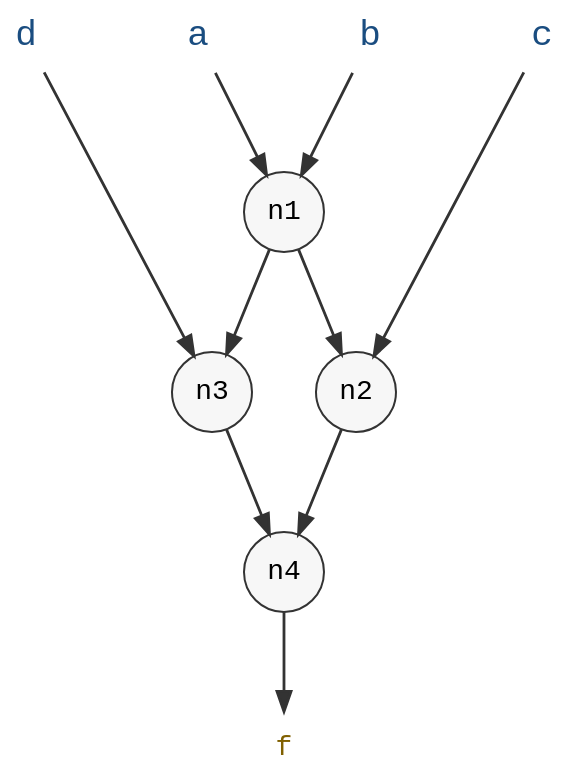
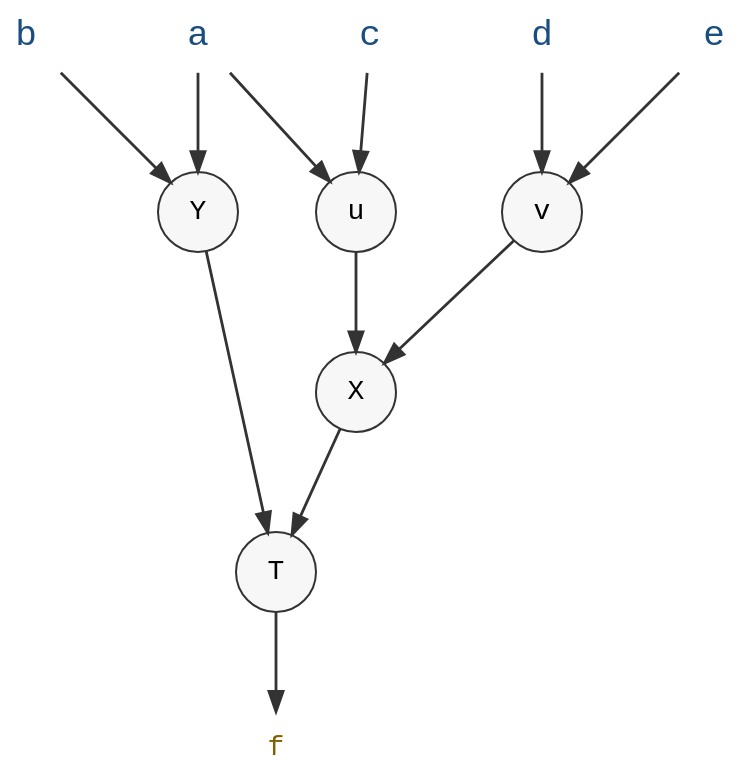
The diagram in viz/diagrams/reconv_demo.dot (cyberseihis/abc-synthesis-notes), drawn with Graphviz before and after one commit. The commit also changed 5 other files, not shown here.

```diff
--- a/viz/diagrams/reconv_demo.dot
+++ b/viz/diagrams/reconv_demo.dot
@@ -1,36 +1,51 @@
-// Circuit designed to expose reconvergence in Abc_NodeGetLeafCostOne.
-// n1 is shared between n2 and n3 → after expanding n2, n3's cost drops to 1.
+// Reconvergence-driven cut at target T, with cap nNodeSizeMax = 4.
+//
+// The PRIORITY (lowest leaf-cost first, breaking ties by deepest level)
+// changes the FINAL cut, not just the expansion order:
+//
+//   With priority    : leaves = {a, b, c, v}, cone = {T, X, u, Y}   (4 cone nodes)
+//   Without priority : leaves = {a, c, v, Y}, cone = {T, X, u}      (3 cone nodes)
+//
+// At the decisive iteration, leaves include Y (cost 1 via reconvergence
+// on `a`) and v (cost 2). Cap-budget allows the cost-1 expansion of Y
+// but not the cost-2 expansion of v. Cost-based picks Y → absorb. A
+// naive level-based picker would grab v at the same level as Y, blow
+// the cap, and stop.
 digraph reconv_demo {
     rankdir = TB
     ranksep = 0.7
     nodesep = 0.45
     bgcolor = "transparent"
     node [fontname = "monospace", fontsize = 14, color = "#333333"]
     edge [color = "#333333", penwidth = 1.4]
 
     { rank = source
       a [id="node-a", label="a", shape=plaintext, fontsize=18, fontcolor="#1a4d80"]
       b [id="node-b", label="b", shape=plaintext, fontsize=18, fontcolor="#1a4d80"]
       c [id="node-c", label="c", shape=plaintext, fontsize=18, fontcolor="#1a4d80"]
       d [id="node-d", label="d", shape=plaintext, fontsize=18, fontcolor="#1a4d80"]
+      e [id="node-e", label="e", shape=plaintext, fontsize=18, fontcolor="#1a4d80"]
     }
 
-    n1 [id="node-n1", label="n1", shape=circle, width=0.55, fixedsize=true, style=filled, fillcolor="#f7f7f7"]
-    n2 [id="node-n2", label="n2", shape=circle, width=0.55, fixedsize=true, style=filled, fillcolor="#f7f7f7"]
-    n3 [id="node-n3", label="n3", shape=circle, width=0.55, fixedsize=true, style=filled, fillcolor="#f7f7f7"]
-    n4 [id="node-n4", label="n4", shape=circle, width=0.55, fixedsize=true, style=filled, fillcolor="#f7f7f7"]
+    u [id="node-u", label="u", shape=circle, width=0.55, fixedsize=true, style=filled, fillcolor="#f7f7f7"]
+    v [id="node-v", label="v", shape=circle, width=0.55, fixedsize=true, style=filled, fillcolor="#f7f7f7"]
+    Y [id="node-Y", label="Y", shape=circle, width=0.55, fixedsize=true, style=filled, fillcolor="#f7f7f7"]
+    X [id="node-X", label="X", shape=circle, width=0.55, fixedsize=true, style=filled, fillcolor="#f7f7f7"]
+    T [id="node-T", label="T", shape=circle, width=0.55, fixedsize=true, style=filled, fillcolor="#f7f7f7"]
 
     { rank = sink
       PO [id="node-PO", label="f", shape=plaintext, fontsize=14, fontcolor="#806000"]
     }
 
-    a -> n1 [id="edge-a-n1"]
-    b -> n1 [id="edge-b-n1"]
-    n1 -> n2 [id="edge-n1-n2"]
-    c -> n2  [id="edge-c-n2"]
-    n1 -> n3 [id="edge-n1-n3"]
-    d -> n3  [id="edge-d-n3"]
-    n2 -> n4 [id="edge-n2-n4"]
-    n3 -> n4 [id="edge-n3-n4"]
-    n4 -> PO [id="edge-n4-PO"]
+    a -> u [id="edge-a-u"]
+    c -> u [id="edge-c-u"]
+    d -> v [id="edge-d-v"]
+    e -> v [id="edge-e-v"]
+    a -> Y [id="edge-a-Y"]
+    b -> Y [id="edge-b-Y"]
+    u -> X [id="edge-u-X"]
+    v -> X [id="edge-v-X"]
+    X -> T [id="edge-X-T"]
+    Y -> T [id="edge-Y-T"]
+    T -> PO [id="edge-T-PO"]
 }
```
